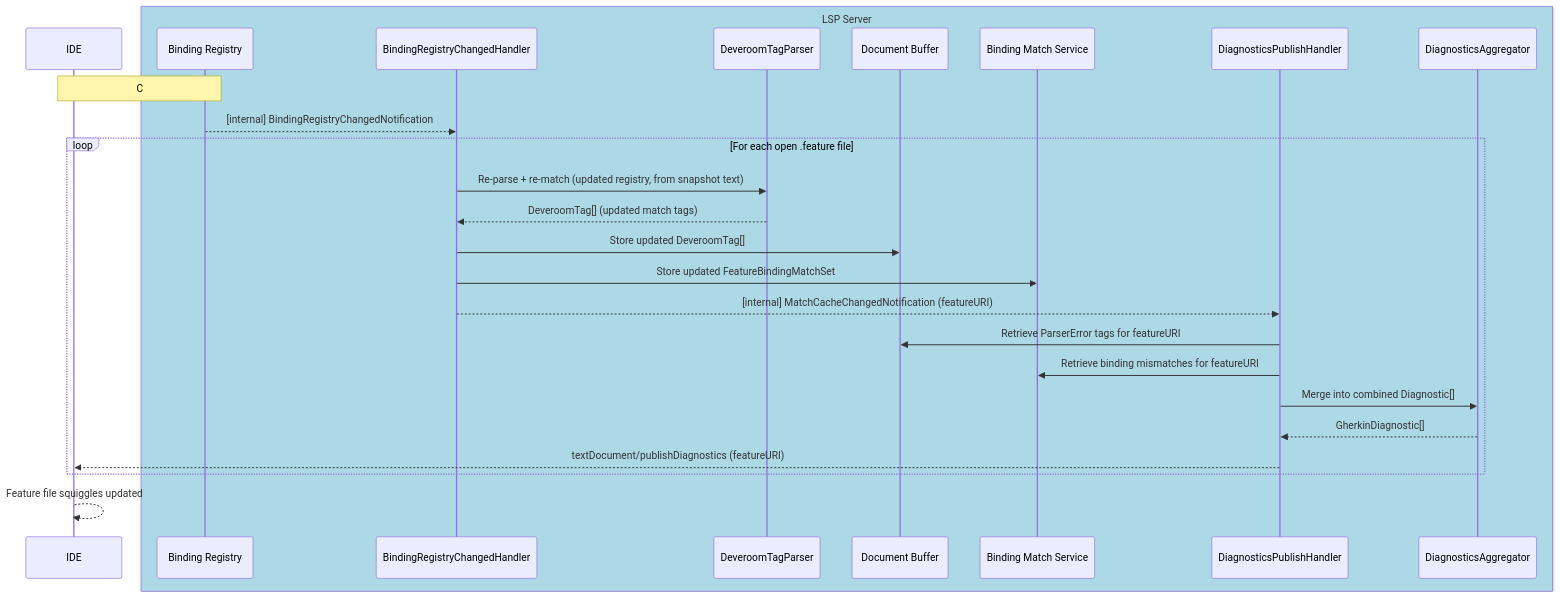
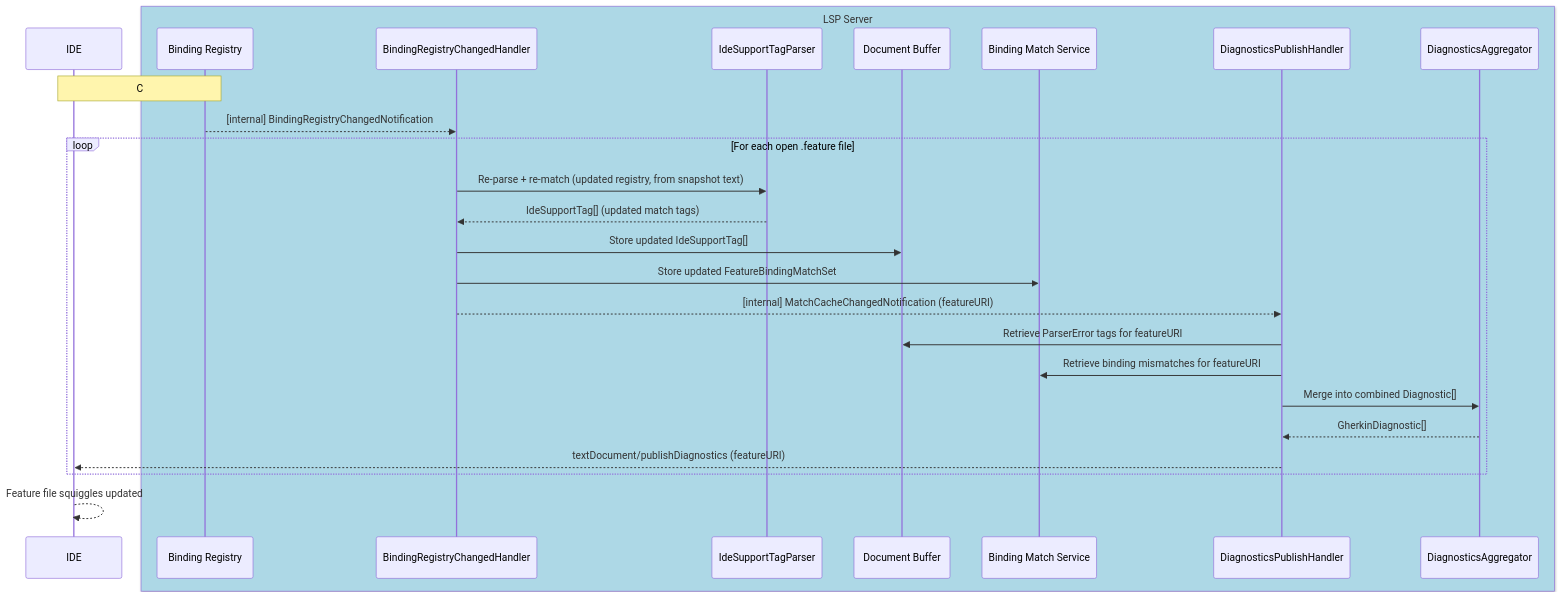
Before and after one commit to reqnroll/Reqnroll.IdeSupport: the fourth of 22 diagrams in docs/LSP-IDE-Support-Feature-Designs.md, drawn with Mermaid. The commit also changed other lines of this file and 2 other files, not shown here.

First line of the commit message:
Refresh Architecture/Feature-Designs docs after the #521-524/#530 refactor

````diff
--- a/docs/LSP-IDE-Support-Feature-Designs.md
+++ b/docs/LSP-IDE-Support-Feature-Designs.md
@@ -398,30 +398,30 @@
 ```mermaid
 sequenceDiagram
     participant IDE
 
     box LightBlue LSP Server
         participant BR as Binding Registry
         participant BMH as BindingRegistryChangedHandler
-        participant DTP as DeveroomTagParser
+        participant DTP as IdeSupportTagParser
         participant DB as Document Buffer
         participant BMS as Binding Match Service
         participant DPH as DiagnosticsPublishHandler
         participant DA as DiagnosticsAggregator
     end
 
     Note over IDE,BR: C# file saved or build detected (see F2)
     BR-->>BMH: [internal] BindingRegistryChangedNotification
     loop For each open .feature file
         BMH->>DTP: Re-parse + re-match (updated registry, from snapshot text)
-        DTP-->>BMH: DeveroomTag[] (updated match tags)
-        BMH->>DB: Store updated DeveroomTag[]
+        DTP-->>BMH: IdeSupportTag[] (updated match tags)
+        BMH->>DB: Store updated IdeSupportTag[]
         BMH->>BMS: Store updated FeatureBindingMatchSet
         BMH-->>DPH: [internal] MatchCacheChangedNotification (featureURI)
         DPH->>DB: Retrieve ParserError tags for featureURI
         DPH->>BMS: Retrieve binding mismatches for featureURI
         DPH->>DA: Merge into combined Diagnostic[]
         DA-->>DPH: GherkinDiagnostic[]
         DPH-->>IDE: textDocument/publishDiagnostics (featureURI)
     end
     IDE-->>IDE: Feature file squiggles updated
 ```
````
